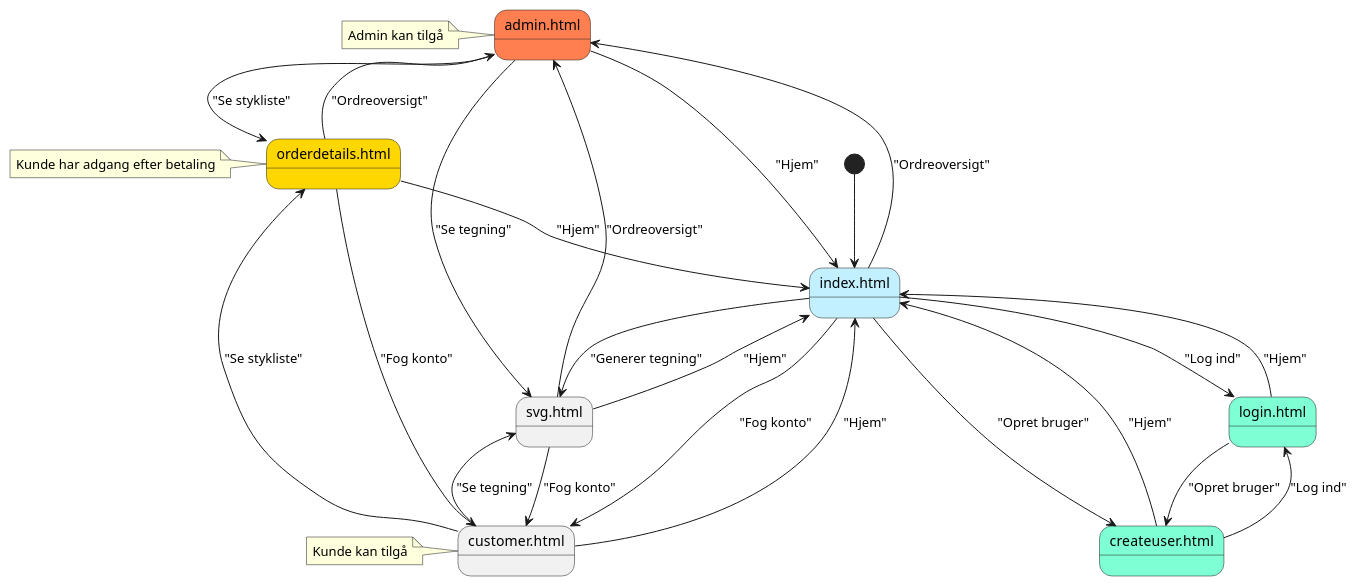
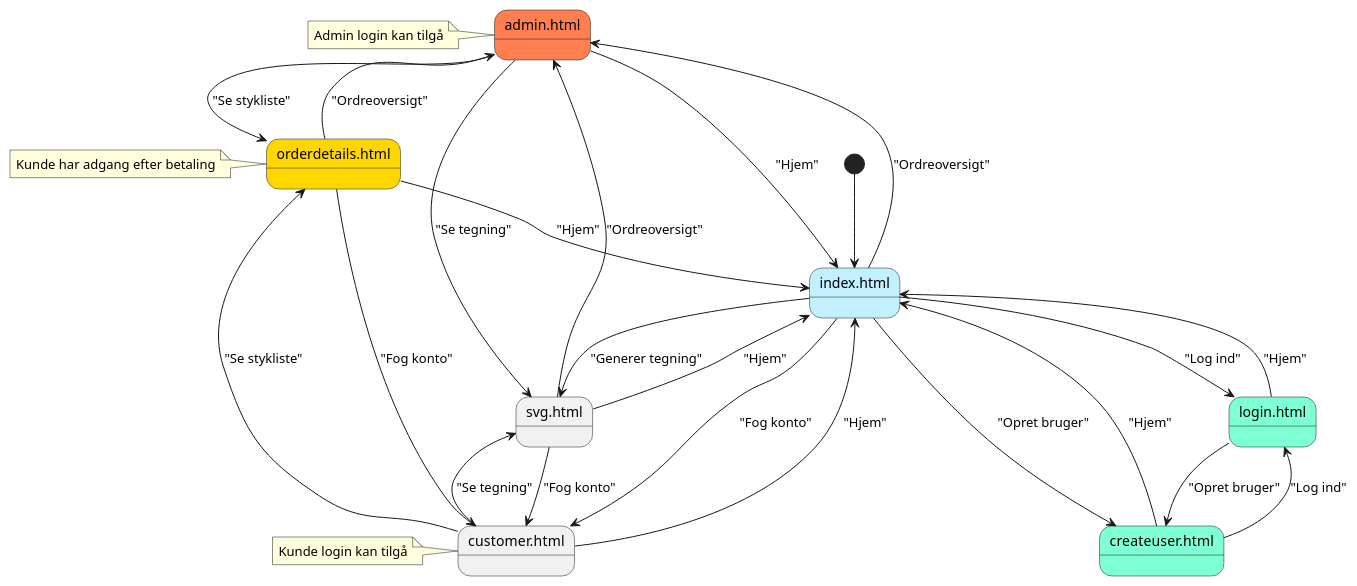
Before and after one commit to Mikkel-ao/Carport: the diagram in docs/navigation_diagram.puml, drawn with PlantUML. The commit also changed 1 other file, not shown here.

Commit message:
Added to diagrams

```diff
--- a/docs/navigation_diagram.puml
+++ b/docs/navigation_diagram.puml
@@ -1,44 +1,44 @@
 @startuml
 ' Initial state
 [*] --> Index
 
 ' state to allow naming and coloring
 state "index.html" as Index #Application
 state "login.html" as Login #Aquamarine
 state "createuser.html" as Opret #Aquamarine
 state "admin.html" as Admin #Coral
 state "customer.html" as Customer
 state "svg.html" as SVG
 state "orderdetails.html" as OrderDetails #Gold
 
 ' States
 Index --> Login : "Log ind"
 Index --> Opret : "Opret bruger"
 Index --> Admin : "Ordreoversigt"
 Index --> Customer : "Fog konto"
 Index --> SVG : "Generer tegning"
-note left of Admin : Admin kan tilgå
-note left of Customer : Kunde kan tilgå
+note left of Admin : Admin login kan tilgå
+note left of Customer : Kunde login kan tilgå
 
 Login --> Opret : "Opret bruger"
 Login --> Index : "Hjem"
 Opret --> Index : "Hjem"
 Opret --> Login : "Log ind"
 
 Admin --> SVG : "Se tegning"
 Admin --> OrderDetails : "Se stykliste"
 Admin --> Index : "Hjem"
 Customer --> SVG : "Se tegning"
 Customer --> OrderDetails : "Se stykliste"
 Customer --> Index : "Hjem"
 
 SVG --> Index : "Hjem"
 SVG --> Customer : "Fog konto"
 SVG --> Admin : "Ordreoversigt"
 
 OrderDetails --> Admin : "Ordreoversigt"
 OrderDetails --> Customer : "Fog konto"
 OrderDetails --> Index : "Hjem"
 note left of OrderDetails : Kunde har adgang efter betaling
 
 @enduml
```
